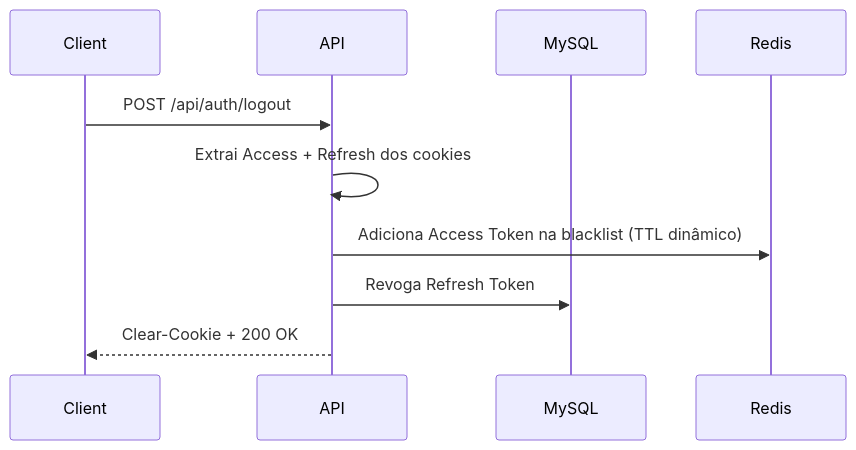
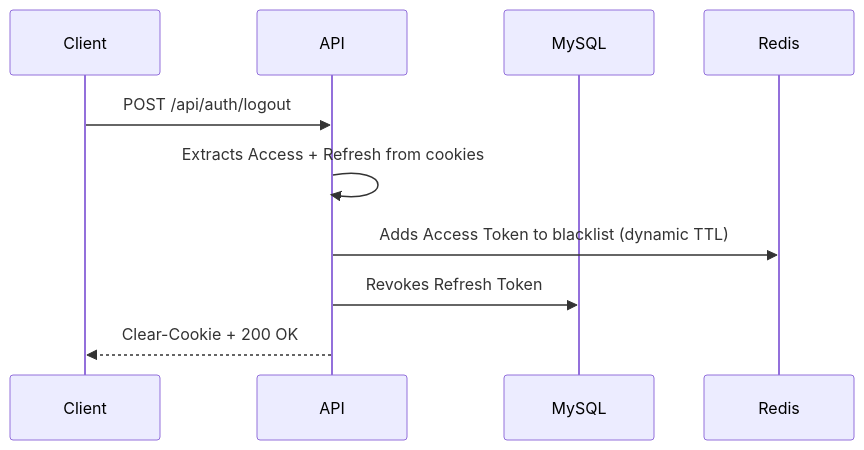
One commit to Laboratorio-Dia-a-Dia/secure-auth-poc changed the third of 3 diagrams in README.md. Above: the diagram before and after it, drawn with Mermaid. The commit also changed other lines of this file and 22 other files, not shown here.

````diff
--- a/README.md
+++ b/README.md
@@ -436,13 +445,13 @@
 ```mermaid
 sequenceDiagram
     participant Client
     participant API
     participant MySQL
     participant Redis
 
     Client->>API: POST /api/auth/logout
-    API->>API: Extrai Access + Refresh dos cookies
-    API->>Redis: Adiciona Access Token na blacklist (TTL dinâmico)
-    API->>MySQL: Revoga Refresh Token
+    API->>API: Extracts Access + Refresh from cookies
+    API->>Redis: Adds Access Token to blacklist (dynamic TTL)
+    API->>MySQL: Revokes Refresh Token
     API-->>Client: Clear-Cookie + 200 OK
 ```
````
